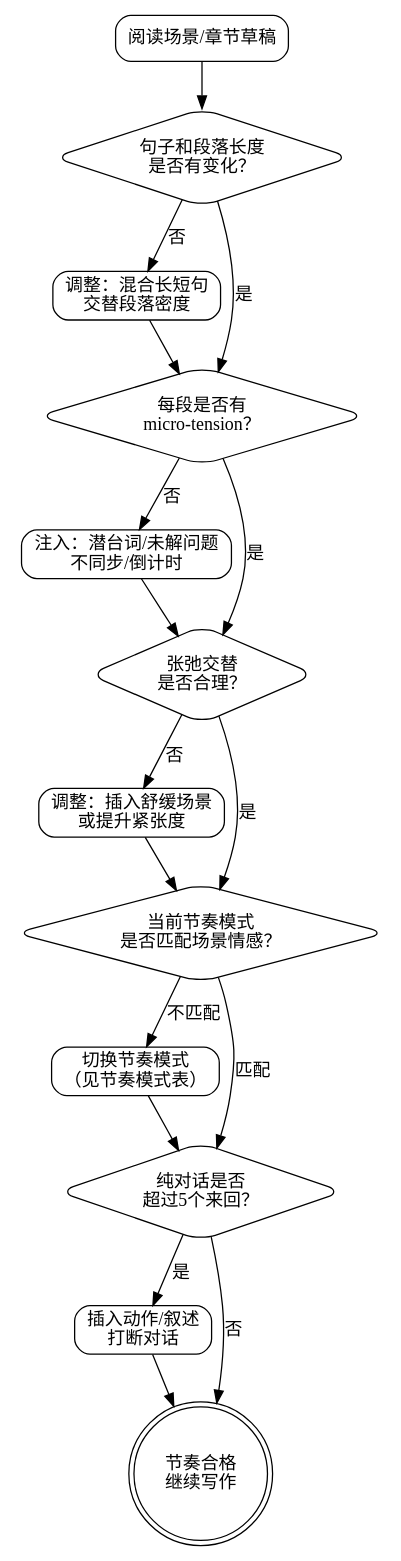
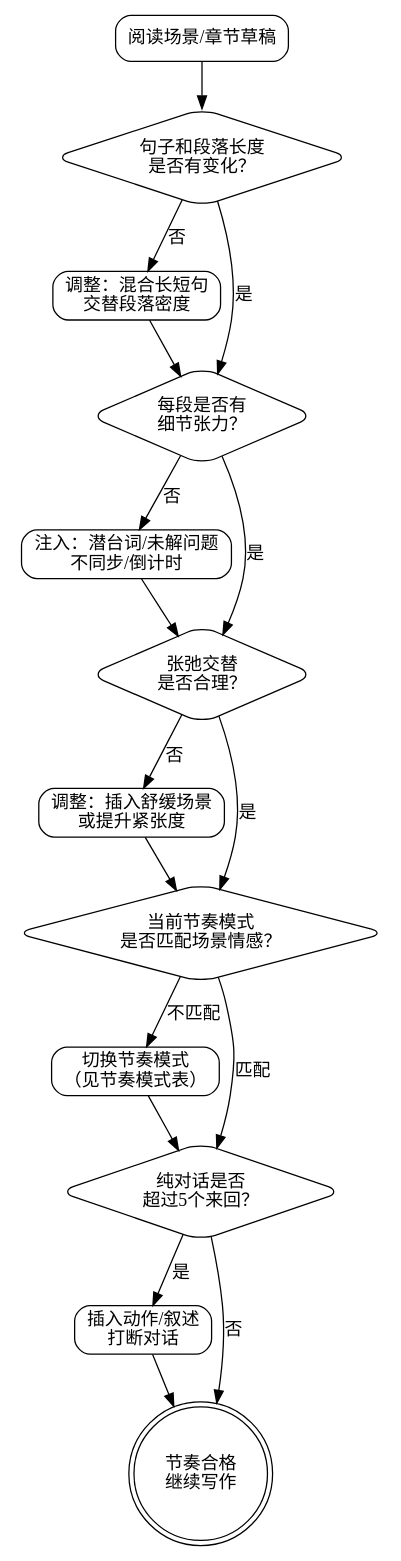
Before and after one commit to skyfiredao/dreampowers: the second of 3 diagrams in skills/dp-chapter-direct/SKILL.md, drawn with Graphviz. The commit also changed other lines of this file and 16 other files, not shown here.

````diff
--- a/skills/dp-chapter-direct/SKILL.md
+++ b/skills/dp-chapter-direct/SKILL.md
@@ -558,45 +558,45 @@
 ```dot
 digraph pacing_diagnosis {
     rankdir=TB;
     node [shape=box, style=rounded];
 
     input [label="阅读场景/章节草稿"];
     check_vary [label="句子和段落长度\n是否有变化？" shape=diamond];
     fix_mono [label="调整：混合长短句\n交替段落密度"];
 
-    check_tension [label="每段是否有\nmicro-tension？" shape=diamond];
+    check_tension [label="每段是否有\n细节张力？" shape=diamond];
     fix_tension [label="注入：潜台词/未解问题\n不同步/倒计时"];
 
     check_rhythm [label="张弛交替\n是否合理？" shape=diamond];
     fix_rhythm [label="调整：插入舒缓场景\n或提升紧张度"];
 
     check_mode [label="当前节奏模式\n是否匹配场景情感？" shape=diamond];
     fix_mode [label="切换节奏模式\n（见节奏模式表）"];
 
     check_dialogue [label="纯对话是否\n超过5个来回？" shape=diamond];
     fix_dialogue [label="插入动作/叙述\n打断对话"];
 
     pass [label="节奏合格\n继续写作" shape=doublecircle];
 
     input -> check_vary;
     check_vary -> fix_mono [label="否"];
     check_vary -> check_tension [label="是"];
     fix_mono -> check_tension;
 
     check_tension -> fix_tension [label="否"];
     check_tension -> check_rhythm [label="是"];
     fix_tension -> check_rhythm;
 
     check_rhythm -> fix_rhythm [label="否"];
     check_rhythm -> check_mode [label="是"];
     fix_rhythm -> check_mode;
 
     check_mode -> fix_mode [label="不匹配"];
     check_mode -> check_dialogue [label="匹配"];
     fix_mode -> check_dialogue;
 
     check_dialogue -> fix_dialogue [label="是"];
     check_dialogue -> pass [label="否"];
     fix_dialogue -> pass;
 }
 ```
````
